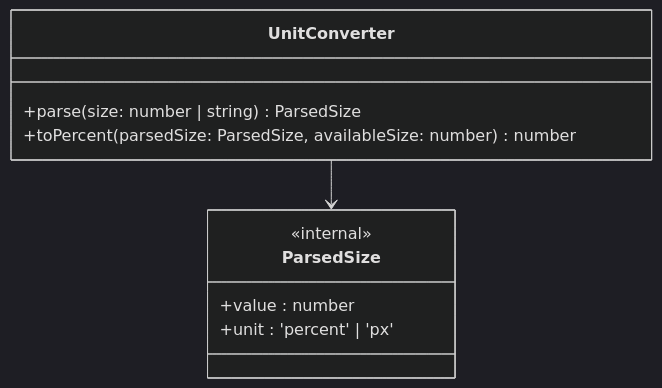
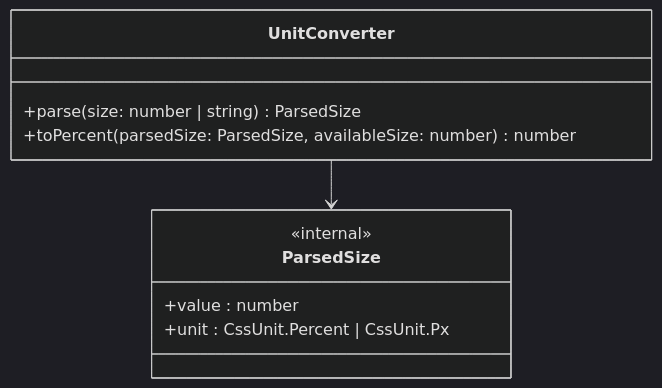
The third of 9 diagrams in V1-SA.md (laidasan/resizable-panel), drawn with Mermaid (dark theme) before and after one commit. The commit also changed other lines of this file and 1 other file, not shown here.

Commit message:
feat: UnitConverter

````diff
--- a/V1-SA.md
+++ b/V1-SA.md
@@ -175,17 +175,17 @@
 ```mermaid
 classDiagram
     direction TB
 
     class UnitConverter {
         +parse(size: number | string) ParsedSize
         +toPercent(parsedSize: ParsedSize, availableSize: number) number
     }
 
     class ParsedSize {
         <<internal>>
         +value : number
-        +unit : 'percent' | 'px'
+        +unit : CssUnit.Percent | CssUnit.Px
     }
 
     UnitConverter --> ParsedSize
 ```
````
